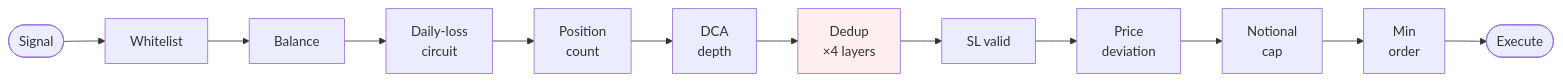
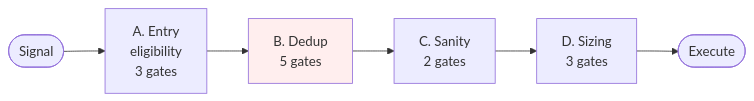
One commit to justinhsu1477/crypto-signal-trader changed the first of 2 diagrams in README.en.md. Above: the diagram before and after it, drawn with Mermaid. The commit also changed other lines of this file and 2 other files, not shown here.

````diff
--- a/README.en.md
+++ b/README.en.md
@@ -54,5 +54,5 @@
 ```mermaid
 flowchart LR
-    S([Signal]) --> A[Whitelist] --> B[Balance] --> C[Daily-loss<br/>circuit] --> D[Position<br/>count] --> E[DCA<br/>depth] --> F[Dedup<br/>×4 layers] --> G[SL valid] --> H[Price<br/>deviation] --> I[Notional<br/>cap] --> J[Min<br/>order] --> K([Execute])
-    style F fill:#fee
+    S([Signal]) --> A[A. Entry<br/>eligibility<br/>3 gates] --> B[B. Dedup<br/>5 gates] --> C[C. Sanity<br/>2 gates] --> D[D. Sizing<br/>3 gates] --> E([Execute])
+    style B fill:#fee
 ```
````
